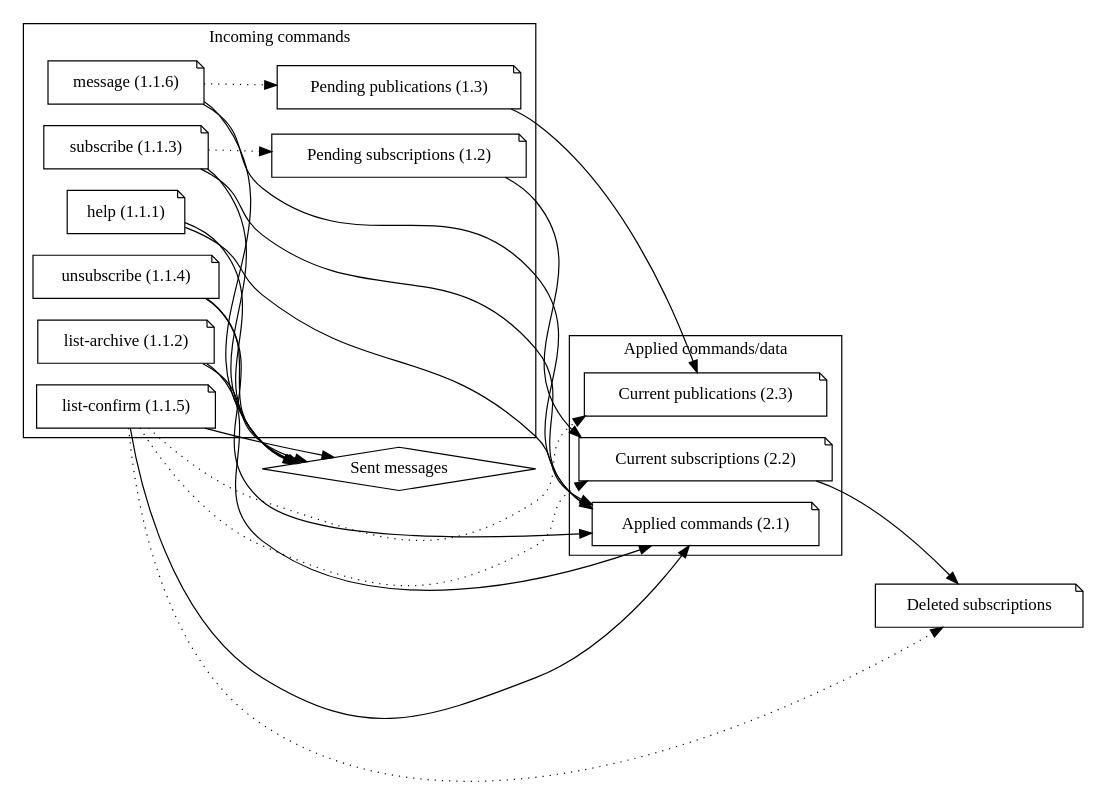
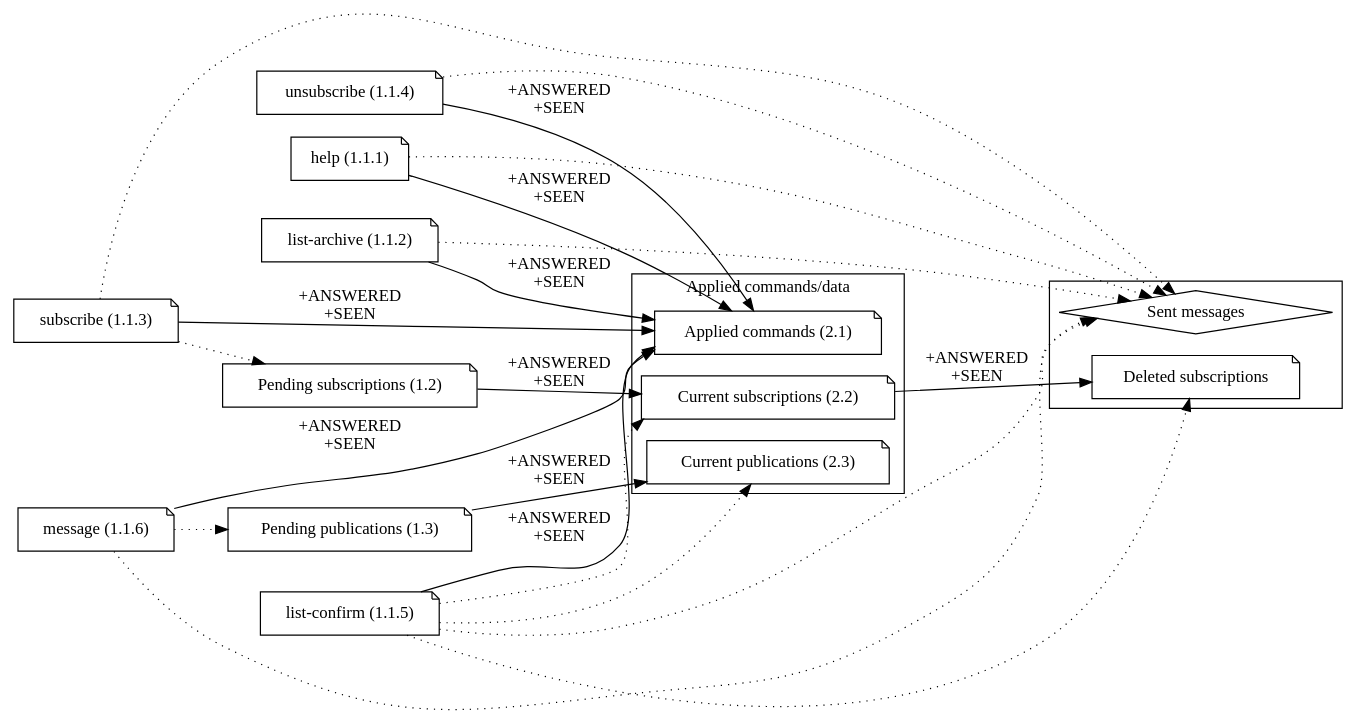
One commit to tlevine/ypotf changed the diagram in docs/data-model.dot. Above: the diagram before and after it, drawn with Graphviz. The commit also changed 1 other file, not shown here.

```diff
--- a/docs/data-model.dot
+++ b/docs/data-model.dot
@@ -1,55 +1,57 @@
 digraph ypotf {
   rankdir=LR;
   node [shape="note"];
 
   // Clusters
-  subgraph cluster_0 {
-    label="Incoming commands";
+//subgraph cluster_0 {
+//////bel="Incoming commands";
 
     "help (1.1.1)";
     "list-archive (1.1.2)";
     "subscribe (1.1.3)";
     "unsubscribe (1.1.4)";
     "list-confirm (1.1.5)";
     "message (1.1.6)";
 
     "Pending subscriptions (1.2)";
     "Pending publications (1.3)";
-  };
+//};
   subgraph cluster_1 {
     label="Applied commands/data";
 
     "Applied commands (2.1)";
     "Current subscriptions (2.2)";
     "Current publications (2.3)";
   };
+  subgraph cluster_2 {
   "Sent messages" [shape=diamond];
   "Deleted subscriptions";
+  };
 
   // Direct links
-  "help (1.1.1)" -> "Applied commands (2.1)";
-  "list-archive (1.1.2)" -> "Applied commands (2.1)";
-  "subscribe (1.1.3)" -> "Applied commands (2.1)";
-  "unsubscribe (1.1.4)" -> "Applied commands (2.1)";
-  "list-confirm (1.1.5)" -> "Applied commands (2.1)";
-  "message (1.1.6)" -> "Applied commands (2.1)";
+  "help (1.1.1)" -> "Applied commands (2.1)" [label="+ANSWERED\n+SEEN"];
+  "list-archive (1.1.2)" -> "Applied commands (2.1)" [label="+ANSWERED\n+SEEN"];
+  "subscribe (1.1.3)" -> "Applied commands (2.1)" [label="+ANSWERED\n+SEEN"];
+  "unsubscribe (1.1.4)" -> "Applied commands (2.1)" [label="+ANSWERED\n+SEEN"];
+  "list-confirm (1.1.5)" -> "Applied commands (2.1)" [label="+ANSWERED\n+SEEN"];
+  "message (1.1.6)" -> "Applied commands (2.1)" [label="+ANSWERED\n+SEEN"];
 
-  "Pending subscriptions (1.2)" -> "Current subscriptions (2.2)" ->
-    "Deleted subscriptions";
-  "Pending publications (1.3)" -> "Current publications (2.3)";
+  "Pending subscriptions (1.2)" -> "Current subscriptions (2.2)" [label="+ANSWERED\n+SEEN"];
+  "Current subscriptions (2.2)" -> "Deleted subscriptions" [label="+ANSWERED\n+SEEN"];
+  "Pending publications (1.3)" -> "Current publications (2.3)" [label="+ANSWERED\n+SEEN"];
 
   // Indirect links
   "subscribe (1.1.3)" -> "Pending subscriptions (1.2)" [style=dotted];
   "message (1.1.6)" -> "Pending publications (1.3)" [style=dotted];
 
   "list-confirm (1.1.5)" -> "Current subscriptions (2.2)" [style=dotted];
   "list-confirm (1.1.5)" -> "Current publications (2.3)" [style=dotted];
   "list-confirm (1.1.5)" -> "Deleted subscriptions" [style=dotted];
 
-  "help (1.1.1)" -> "Sent messages";
-  "list-archive (1.1.2)" -> "Sent messages";
-  "subscribe (1.1.3)" -> "Sent messages";
-  "unsubscribe (1.1.4)" -> "Sent messages";
-  "list-confirm (1.1.5)" -> "Sent messages";
-  "message (1.1.6)" -> "Sent messages";
+  "help (1.1.1)" -> "Sent messages" [style=dotted];
+  "list-archive (1.1.2)" -> "Sent messages" [style=dotted];
+  "subscribe (1.1.3)" -> "Sent messages" [style=dotted];
+  "unsubscribe (1.1.4)" -> "Sent messages" [style=dotted];
+  "list-confirm (1.1.5)" -> "Sent messages" [style=dotted];
+  "message (1.1.6)" -> "Sent messages" [style=dotted];
 }
```
